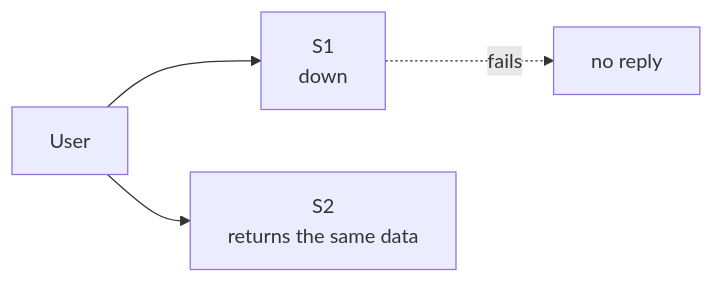
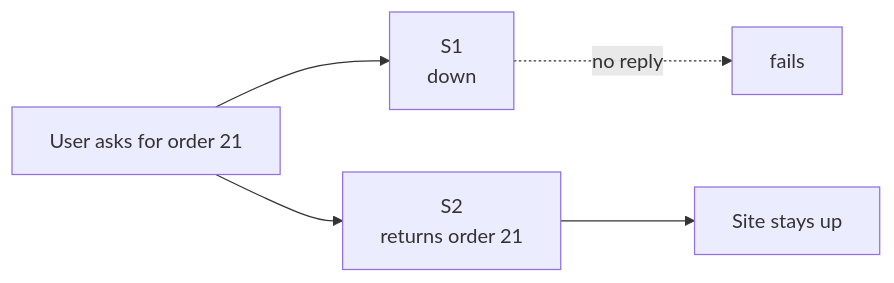
The third of 6 diagrams in dbms/17-clustering.md (aaryan-pradhan/core-cs-fundamentals), drawn with Mermaid before and after one commit. The commit also changed other lines of this file, not shown here.

````diff
--- a/dbms/17-clustering.md
+++ b/dbms/17-clustering.md
@@ -38,6 +44,7 @@
-      ```mermaid
-      flowchart LR
-        U["User"] --> S1["S1<br/>down"]
-        U --> S2["S2<br/>returns the same data"]
-        S1 -. "fails" .-> X["no reply"]
-      ```
+```mermaid
+flowchart LR
+  U["User asks for order 21"] --> S1["S1<br/>down"]
+  S1 -. "no reply" .-> X["fails"]
+  U --> S2["S2<br/>returns order 21"]
+  S2 --> OK["Site stays up"]
+```
````
